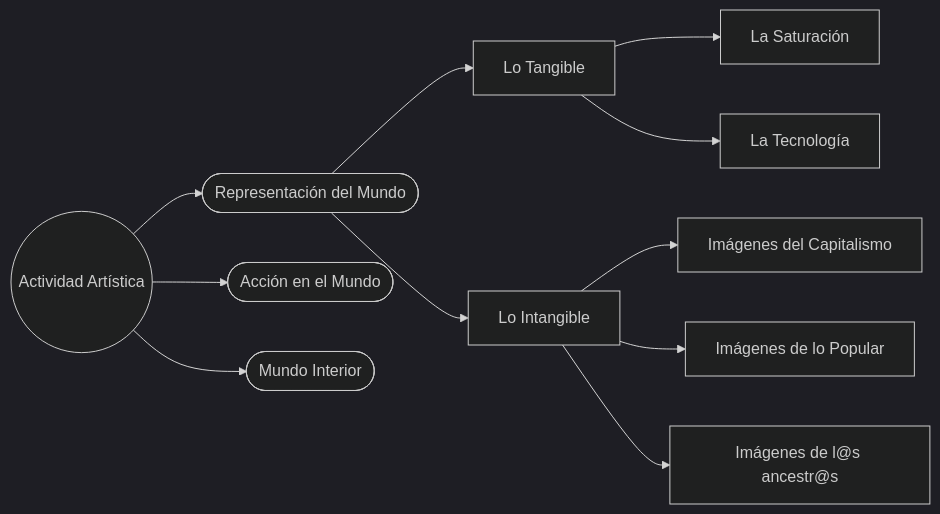
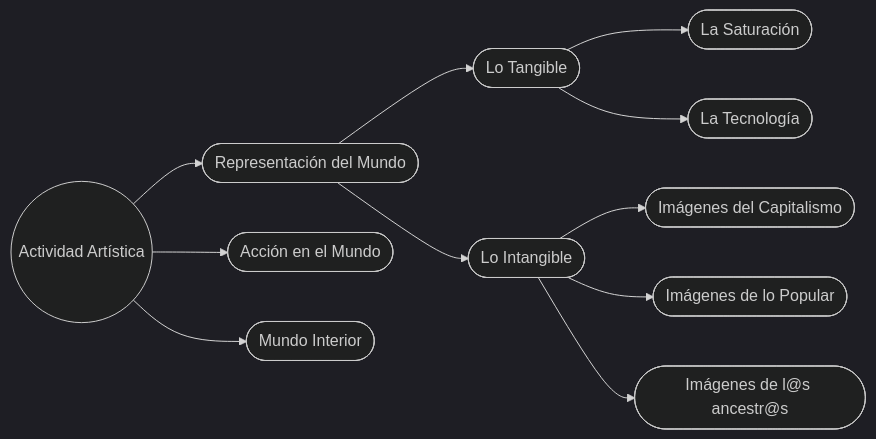
The diagram in ES/mundo-exterior.md (EGGS-Artesvisuales/EGGS-Artesvisuales.github.io), drawn with Mermaid (dark theme) before and after one commit.

```diff
--- a/ES/mundo-exterior.md
+++ b/ES/mundo-exterior.md
@@ -32,35 +32,35 @@
 <div class="mermaid">
 flowchart LR
     principal((Actividad Artística))
     representacion([Representación del Mundo])
     accion([Acción en el Mundo])
     interior([Mundo Interior])
 
     principal --> representacion
     principal --> accion
     principal --> interior
 
-    representacion --> tangible[Lo Tangible]
-    representacion --> intangible[Lo Intangible]
+    representacion --> tangible([Lo Tangible])
+    representacion --> intangible([Lo Intangible])
 
-    tangible --> saturacion[La Saturación]
-    tangible --> tecnologia[La Tecnología]
+    tangible --> saturacion([La Saturación])
+    tangible --> tecnologia([La Tecnología])
 
-    intangible --> capitalismo[Imágenes del Capitalismo]
-    intangible --> popular[Imágenes de lo Popular]
-    intangible --> ancestrales[Imágenes de l@s ancestr@s]
+    intangible --> capitalismo([Imágenes del Capitalismo])
+    intangible --> popular([Imágenes de lo Popular])
+    intangible --> ancestrales([Imágenes de l@s ancestr@s])
 
     click principal "/ES/index.html" "Ir al Inicio"
     click representacion "/ES/mundo-exterior.html" "Ir a Representación del Mundo"
     click tangible "/ES/tangible.html" "Ir a Lo Tangible"
     click intangible "/ES/intangible.html" "Ir a Lo Intangible"
 
     click accion "/ES/accion.html" "Ir a Acción en el Mundo"
     click interior "/ES/interior.html" "Ir a Mundo Interior"
 
     click saturacion "/ES/saturacion.html" "Ir a La Saturación"
     click tecnologia "/ES/en-construccion.html" "Ir a La Tecnología"
     click capitalismo "/ES/imagenes-capitalismo.html" "Ir a Imágenes del Capitalismo"
     click popular "/ES/imagenes-popular.html" "Ir a Imágenes de lo Popular"
     click ancestrales "/ES/imagenes-ancestros.html" "Ir a Imágenes de l@s ancestr@s"
 </div>
```
